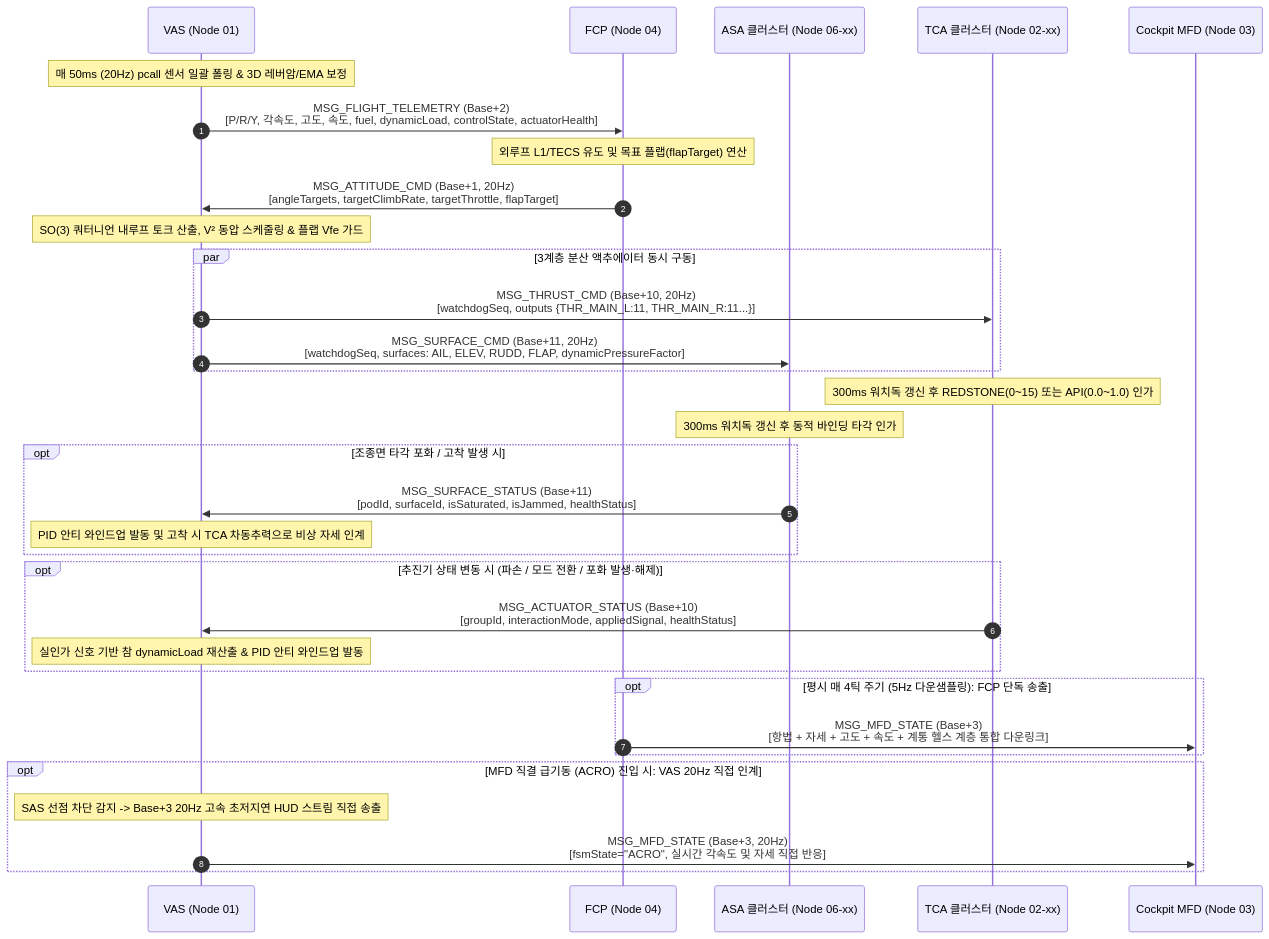
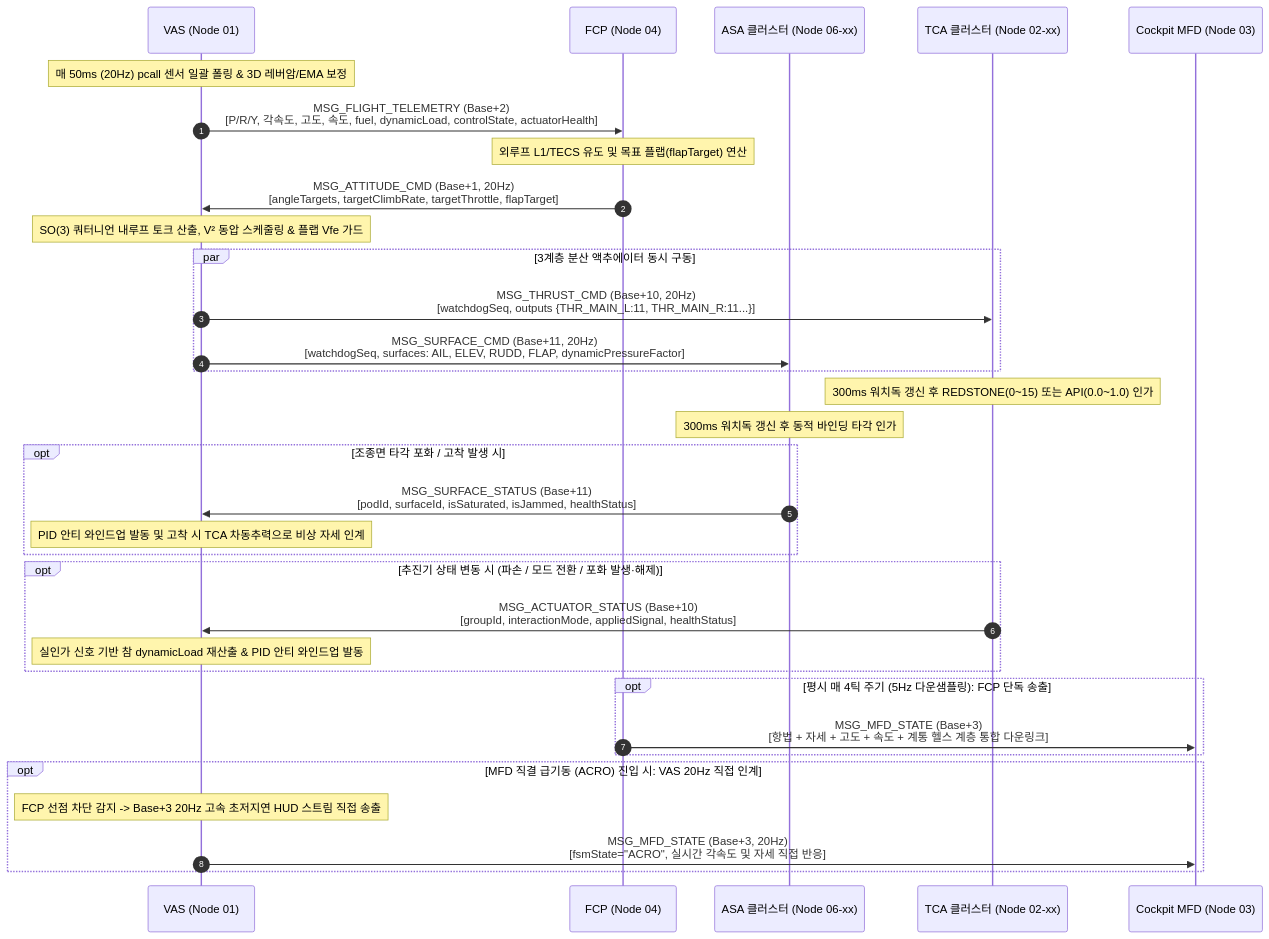
One commit to Polimachi/Aeroneutics_Autopilot changed the third of 9 diagrams in docs/system/SYSTEM_PROGRAM_RELATION_AND_PACKET_DIAGRAM.md. Above: the diagram before and after it, drawn with Mermaid. The commit also changed other lines of this file and 9 other files, not shown here.

````diff
--- a/docs/system/SYSTEM_PROGRAM_RELATION_AND_PACKET_DIAGRAM.md
+++ b/docs/system/SYSTEM_PROGRAM_RELATION_AND_PACKET_DIAGRAM.md
@@ -290,43 +291,43 @@
 ```mermaid
 sequenceDiagram
     autonumber
     participant C as VAS (Node 01)
     participant U as FCP (Node 04)
     participant W as ASA 클러스터 (Node 06-xx)
     participant T as TCA 클러스터 (Node 02-xx)
     participant M as Cockpit MFD (Node 03)
 
     Note over C: 매 50ms (20Hz) pcall 센서 일괄 폴링 & 3D 레버암/EMA 보정
     C->>U: MSG_FLIGHT_TELEMETRY (Base+2)<br/>[P/R/Y, 각속도, 고도, 속도, fuel, dynamicLoad, controlState, actuatorHealth]
     
     Note over U: 외루프 L1/TECS 유도 및 목표 플랩(flapTarget) 연산
     U->>C: MSG_ATTITUDE_CMD (Base+1, 20Hz)<br/>[angleTargets, targetClimbRate, targetThrottle, flapTarget]
 
     Note over C: SO(3) 쿼터니언 내루프 토크 산출, V² 동압 스케줄링 & 플랩 Vfe 가드
     par 3계층 분산 액추에이터 동시 구동
         C->>T: MSG_THRUST_CMD (Base+10, 20Hz)<br/>[watchdogSeq, outputs {THR_MAIN_L:11, THR_MAIN_R:11...}]
         C->>W: MSG_SURFACE_CMD (Base+11, 20Hz)<br/>[watchdogSeq, surfaces: AIL, ELEV, RUDD, FLAP, dynamicPressureFactor]
     end
 
     Note over T: 300ms 워치독 갱신 후 REDSTONE(0~15) 또는 API(0.0~1.0) 인가
     Note over W: 300ms 워치독 갱신 후 동적 바인딩 타각 인가
 
     opt 조종면 타각 포화 / 고착 발생 시
         W->>C: MSG_SURFACE_STATUS (Base+11)<br/>[podId, surfaceId, isSaturated, isJammed, healthStatus]
         Note over C: PID 안티 와인드업 발동 및 고착 시 TCA 차동추력으로 비상 자세 인계
     end
 
     opt 추진기 상태 변동 시 (파손 / 모드 전환 / 포화 발생·해제)
         T->>C: MSG_ACTUATOR_STATUS (Base+10)<br/>[groupId, interactionMode, appliedSignal, healthStatus]
         Note over C: 실인가 신호 기반 참 dynamicLoad 재산출 & PID 안티 와인드업 발동
     end
 
     opt 평시 매 4틱 주기 (5Hz 다운샘플링): FCP 단독 송출
         U->>M: MSG_MFD_STATE (Base+3)<br/>[항법 + 자세 + 고도 + 속도 + 계통 헬스 계층 통합 다운링크]
     end
 
     opt MFD 직결 급기동 (ACRO) 진입 시: VAS 20Hz 직접 인계
-        Note over C: SAS 선점 차단 감지 -> Base+3 20Hz 고속 초저지연 HUD 스트림 직접 송출
+        Note over C: FCP 선점 차단 감지 -> Base+3 20Hz 고속 초저지연 HUD 스트림 직접 송출
         C->>M: MSG_MFD_STATE (Base+3, 20Hz)<br/>[fsmState="ACRO", 실시간 각속도 및 자세 직접 반응]
     end
 ```
````
